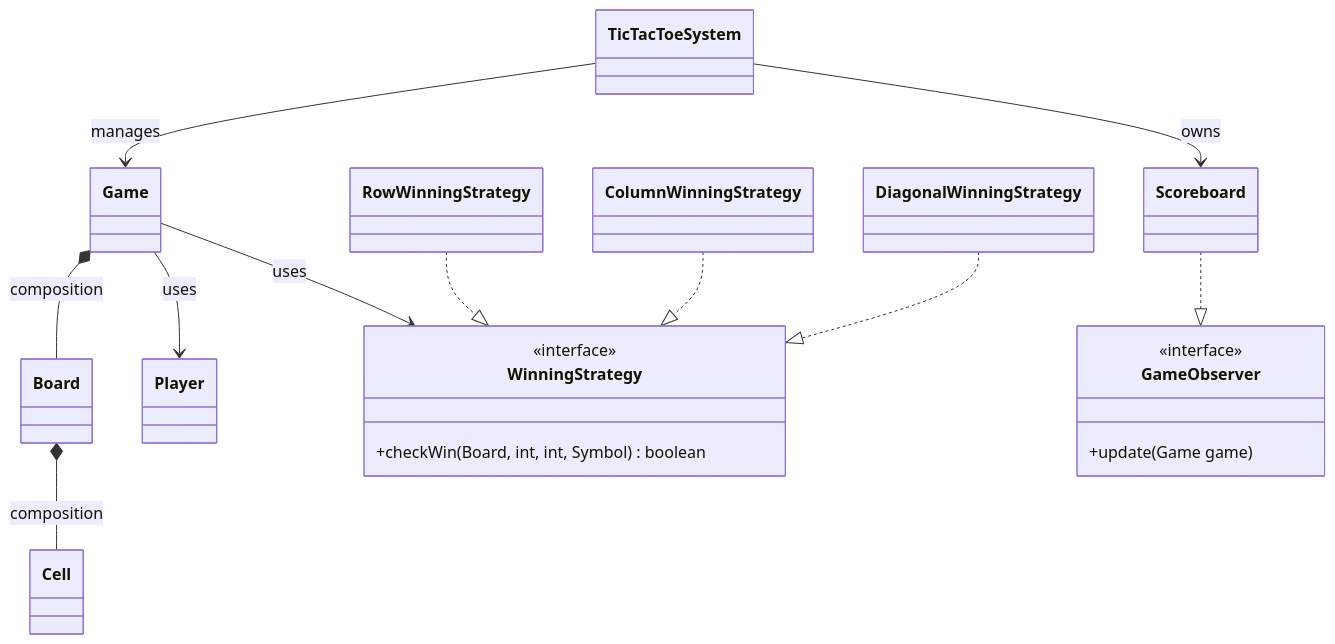
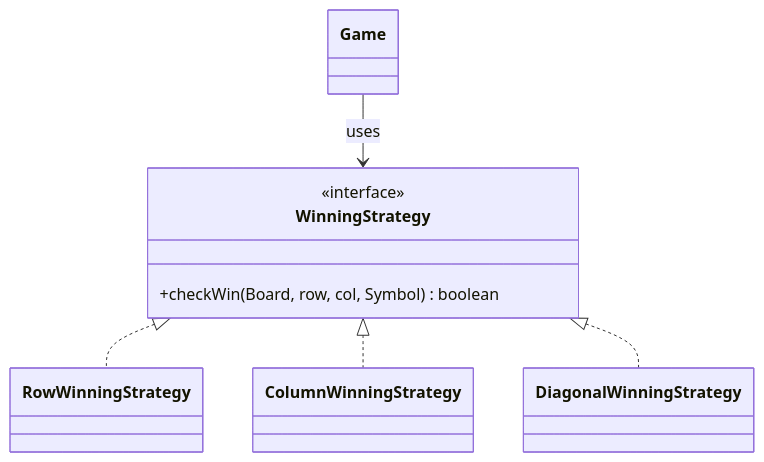
Before and after one commit to mthaiseer/springcloud-systemdesign-notes: the fourth of 8 diagrams in LLD_NOTES/tic_tac_toe_lld_reference.md, drawn with Mermaid. The commit also changed other lines of this file, not shown here.

````diff
--- a/LLD_NOTES/tic_tac_toe_lld_reference.md
+++ b/LLD_NOTES/tic_tac_toe_lld_reference.md
@@ -128,23 +111,18 @@
 ```mermaid
 classDiagram
-    TicTacToeSystem --> Game : manages
-    TicTacToeSystem --> Scoreboard : owns
-    Game *-- Board : composition
-    Board *-- Cell : composition
-    Game --> Player : uses
-    Game --> WinningStrategy : uses
-    Scoreboard ..|> GameObserver
-    RowWinningStrategy ..|> WinningStrategy
-    ColumnWinningStrategy ..|> WinningStrategy
-    DiagonalWinningStrategy ..|> WinningStrategy
+    class Game
 
     class WinningStrategy {
         <<interface>>
-        +checkWin(Board, int, int, Symbol) boolean
+        +checkWin(Board, row, col, Symbol) boolean
     }
 
-    class GameObserver {
-        <<interface>>
-        +update(Game game)
-    }
+    class RowWinningStrategy
+    class ColumnWinningStrategy
+    class DiagonalWinningStrategy
+
+    Game --> WinningStrategy : uses
+    WinningStrategy <|.. RowWinningStrategy
+    WinningStrategy <|.. ColumnWinningStrategy
+    WinningStrategy <|.. DiagonalWinningStrategy
 ```
````
